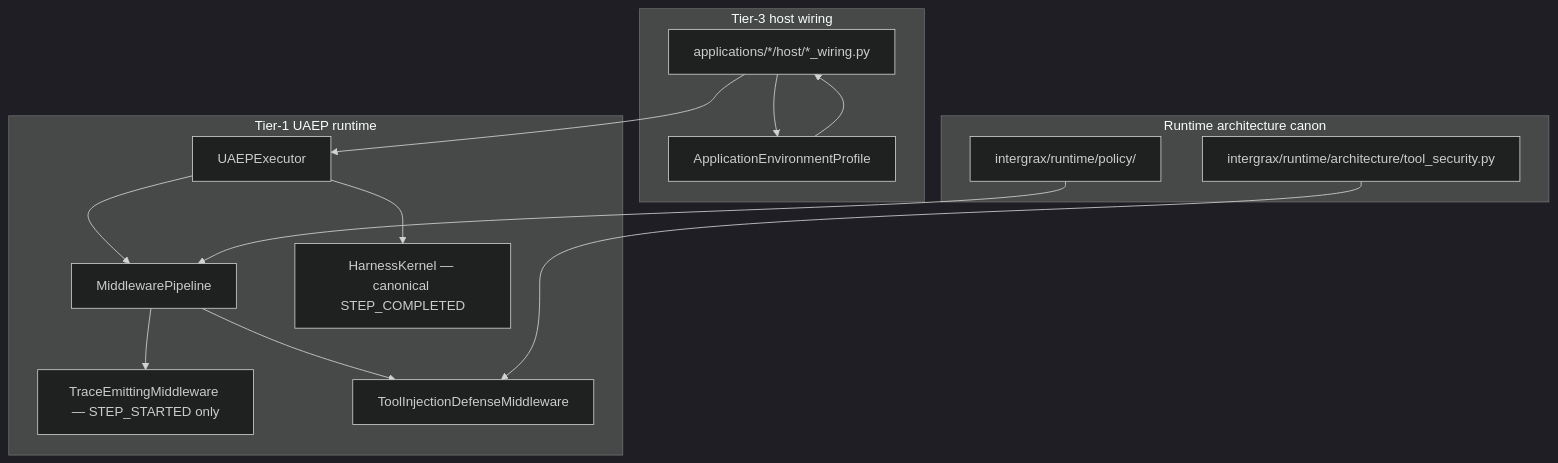
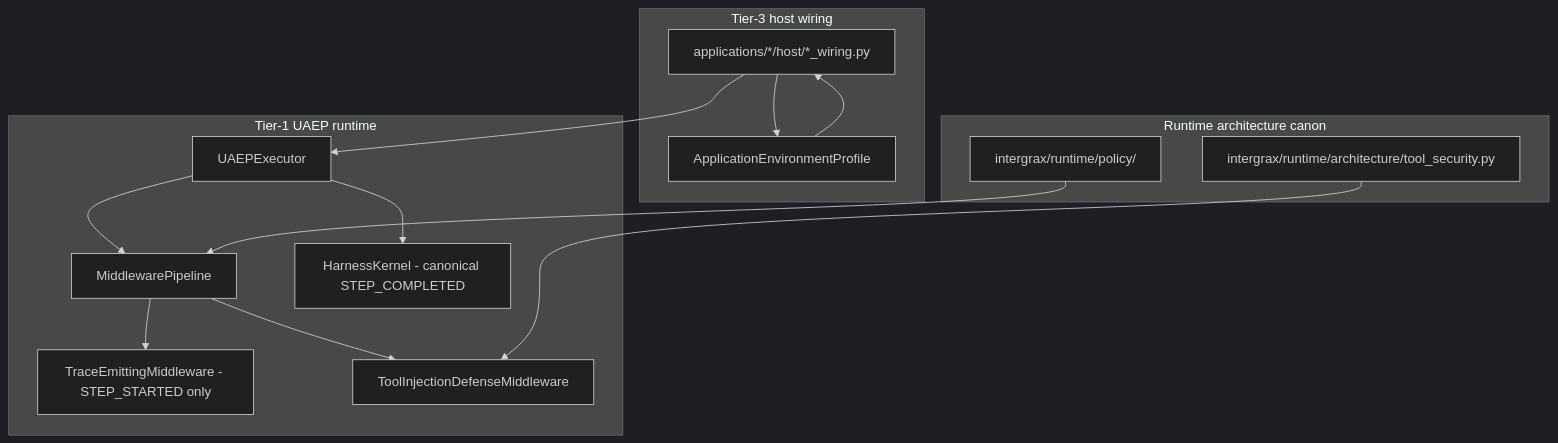
Before and after one commit to jakbuczarnecki/intergrax: the diagram in docs/project/technical/guides/AGENT_CREATION_GUIDE.md, drawn with Mermaid (dark theme). The commit also changed other lines of this file and 863 other files, not shown here.

````diff
--- a/docs/project/technical/guides/AGENT_CREATION_GUIDE.md
+++ b/docs/project/technical/guides/AGENT_CREATION_GUIDE.md
@@ -1274,27 +1274,27 @@
 ```mermaid
 flowchart TB
   subgraph tier3 [Tier-3 host wiring]
     WIRING["applications/*/host/*_wiring.py"]
     ENV["ApplicationEnvironmentProfile"]
     WIRING --> ENV
   end
   subgraph tier1 [Tier-1 UAEP runtime]
     UAEP["UAEPExecutor"]
     MW["MiddlewarePipeline"]
-    TM["TraceEmittingMiddleware — STEP_STARTED only"]
+    TM["TraceEmittingMiddleware - STEP_STARTED only"]
     TD["ToolInjectionDefenseMiddleware"]
-    KERNEL["HarnessKernel — canonical STEP_COMPLETED"]
+    KERNEL["HarnessKernel - canonical STEP_COMPLETED"]
     UAEP --> MW
     MW --> TM
     MW --> TD
     UAEP --> KERNEL
   end
   subgraph arch [Runtime architecture canon]
     SEC["intergrax/runtime/architecture/tool_security.py"]
     POL["intergrax/runtime/policy/"]
   end
   ENV --> WIRING
   WIRING --> UAEP
   SEC --> TD
   POL --> MW
 ```
````
